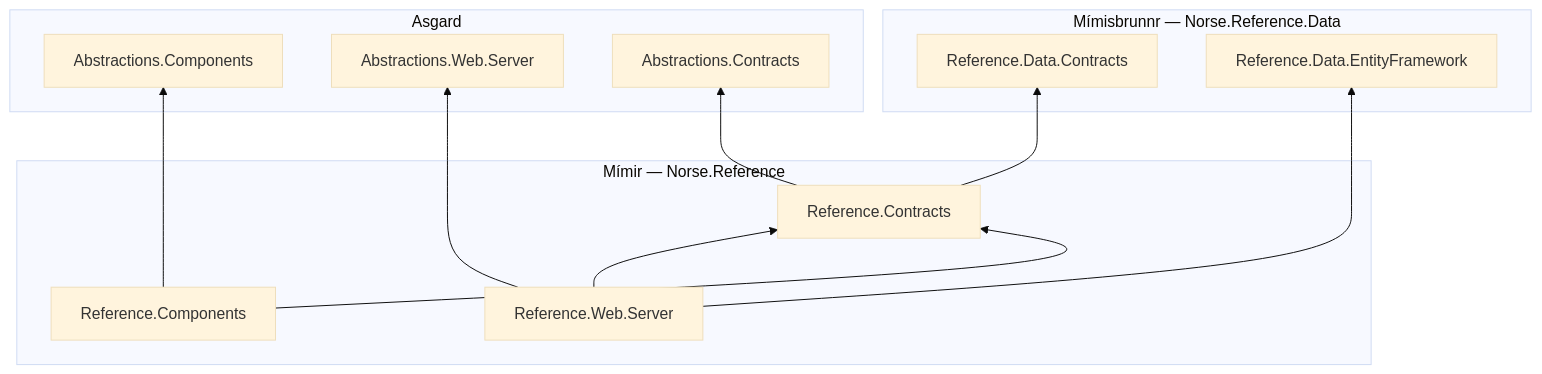
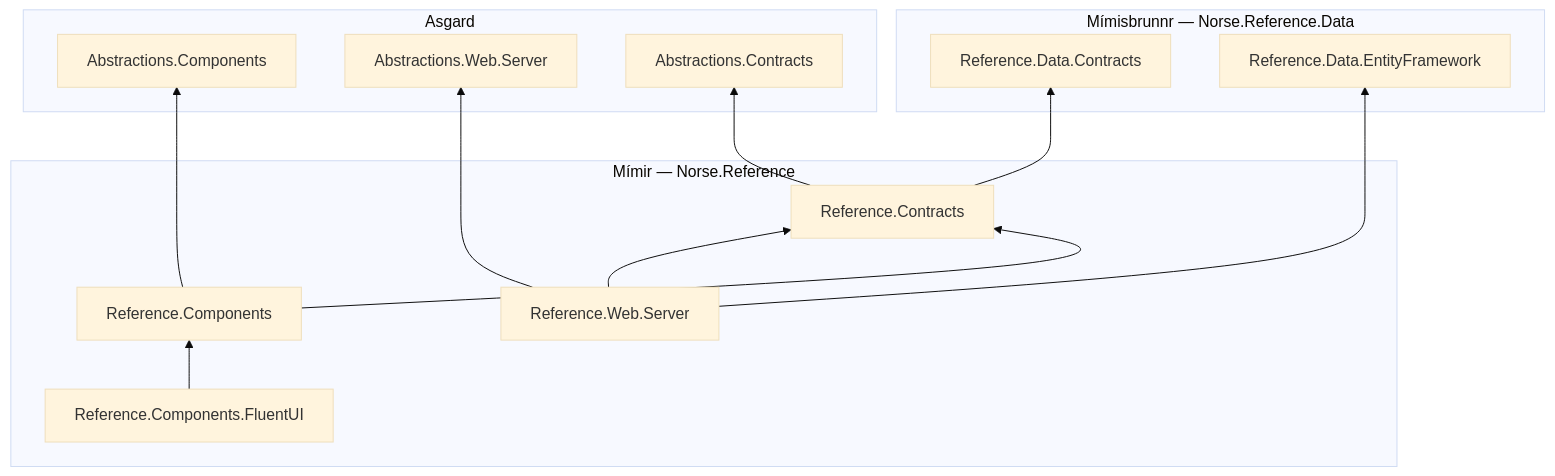
One commit to NorseArchitecture/Mimir changed the diagram in README.md. Above: the diagram before and after it, drawn with Mermaid (base theme). The commit also changed other lines of this file and 1 other file, not shown here.

````diff
--- a/README.md
+++ b/README.md
@@ -15,24 +15,26 @@
 ```mermaid
 flowchart BT
 	subgraph Mimir["Mímir — Norse.Reference"]
+		ComponentsFluentUI["Reference.Components.FluentUI"]
 		Components["Reference.Components"]
 		WebServer["Reference.Web.Server"]
 		Contracts["Reference.Contracts"]
 	end
 	subgraph Asgard
 		AComponents["Abstractions.Components"]
 		WebServerLaw["Abstractions.Web.Server"]
 		AContracts["Abstractions.Contracts"]
 	end
 	subgraph Mimisbrunnr["Mímisbrunnr — Norse.Reference.Data"]
 		DataContracts["Reference.Data.Contracts"]
 		DataEF["Reference.Data.EntityFramework"]
 	end
+	ComponentsFluentUI --> Components
 	Components --> Contracts
 	Components --> AComponents
 	WebServer --> Contracts
 	WebServer --> WebServerLaw
 	WebServer --> DataEF
 	Contracts --> AContracts
 	Contracts --> DataContracts
 ```
````
